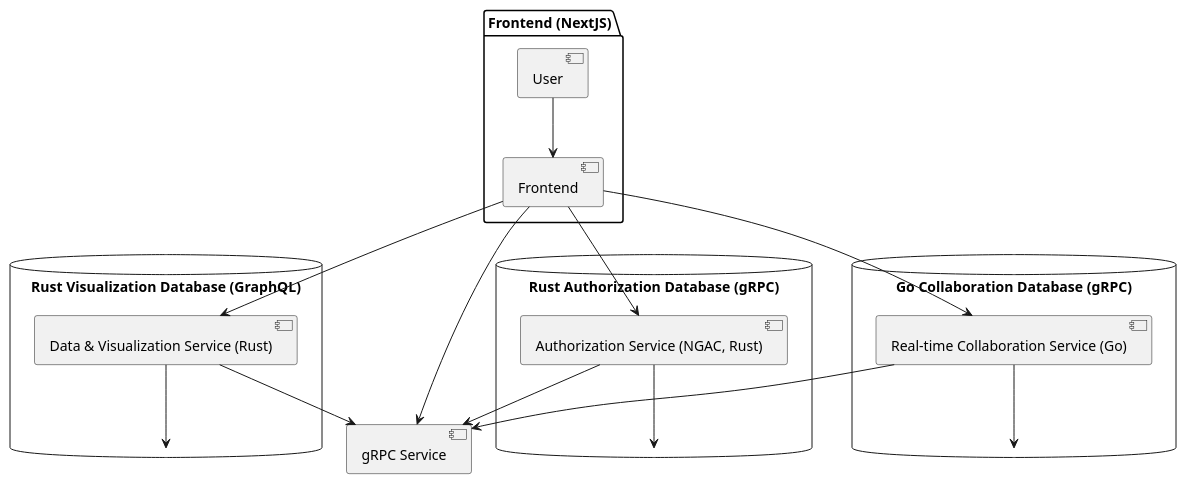
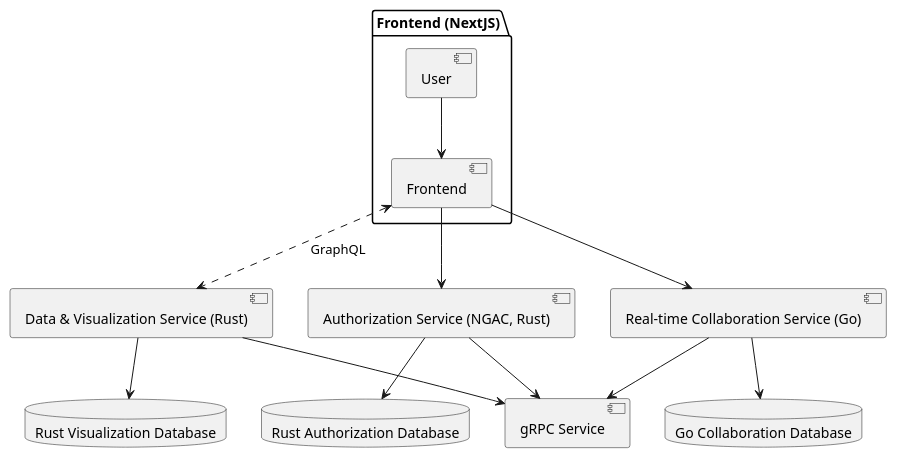
The diagram in docs/UML/SystemArch.md (JonTDean/project_asclepius), drawn with PlantUML before and after one commit. The commit also changed 4 other files, not shown here.

Commit message:
Revised design and am currently revising system architecture

```diff
--- a/docs/UML/SystemArch.md
+++ b/docs/UML/SystemArch.md
@@ -1,27 +1,28 @@
 @startuml
 
 package "Frontend (NextJS)" {
   [User] --> [Frontend]
 }
 
-database "Rust Visualization Database (GraphQL)" as DB1 {
-  [Data & Visualization Service (Rust)] --> DB1
-  [Frontend] --> [Data & Visualization Service (Rust)]
+[Frontend] <..> [Data & Visualization Service (Rust)] : GraphQL
+[Frontend] --> [Authorization Service (NGAC, Rust)]
+[Frontend] --> [Real-time Collaboration Service (Go)]
+
+database "Rust Visualization Database" as DB1 {
 }
 
-database "Rust Authorization Database (gRPC)" as DB2 {
-  [Authorization Service (NGAC, Rust)] --> DB2
-  [Frontend] --> [Authorization Service (NGAC, Rust)]
+database "Rust Authorization Database" as DB2 {
 }
 
-database "Go Collaboration Database (gRPC)" as DB3 {
-  [Real-time Collaboration Service (Go)] --> DB3
-  [Frontend] --> [Real-time Collaboration Service (Go)]
+database "Go Collaboration Database" as DB3 {
 }
 
-[Frontend] --> [gRPC Service]
+[Data & Visualization Service (Rust)] --> DB1
+[Authorization Service (NGAC, Rust)] --> DB2
+[Real-time Collaboration Service (Go)] --> DB3
+
 [Data & Visualization Service (Rust)] --> [gRPC Service]
 [Authorization Service (NGAC, Rust)] --> [gRPC Service]
 [Real-time Collaboration Service (Go)] --> [gRPC Service]
 
 @enduml
```
